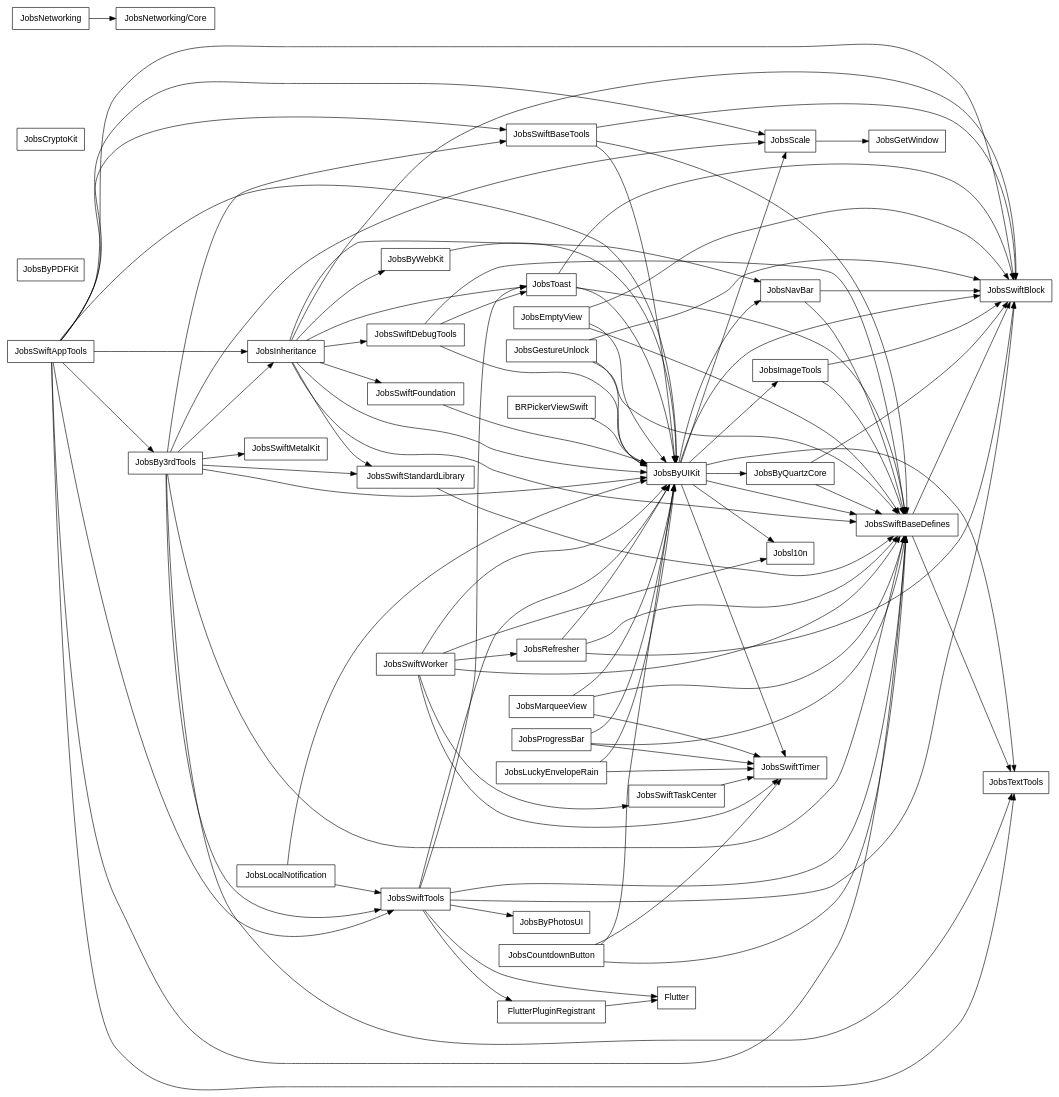
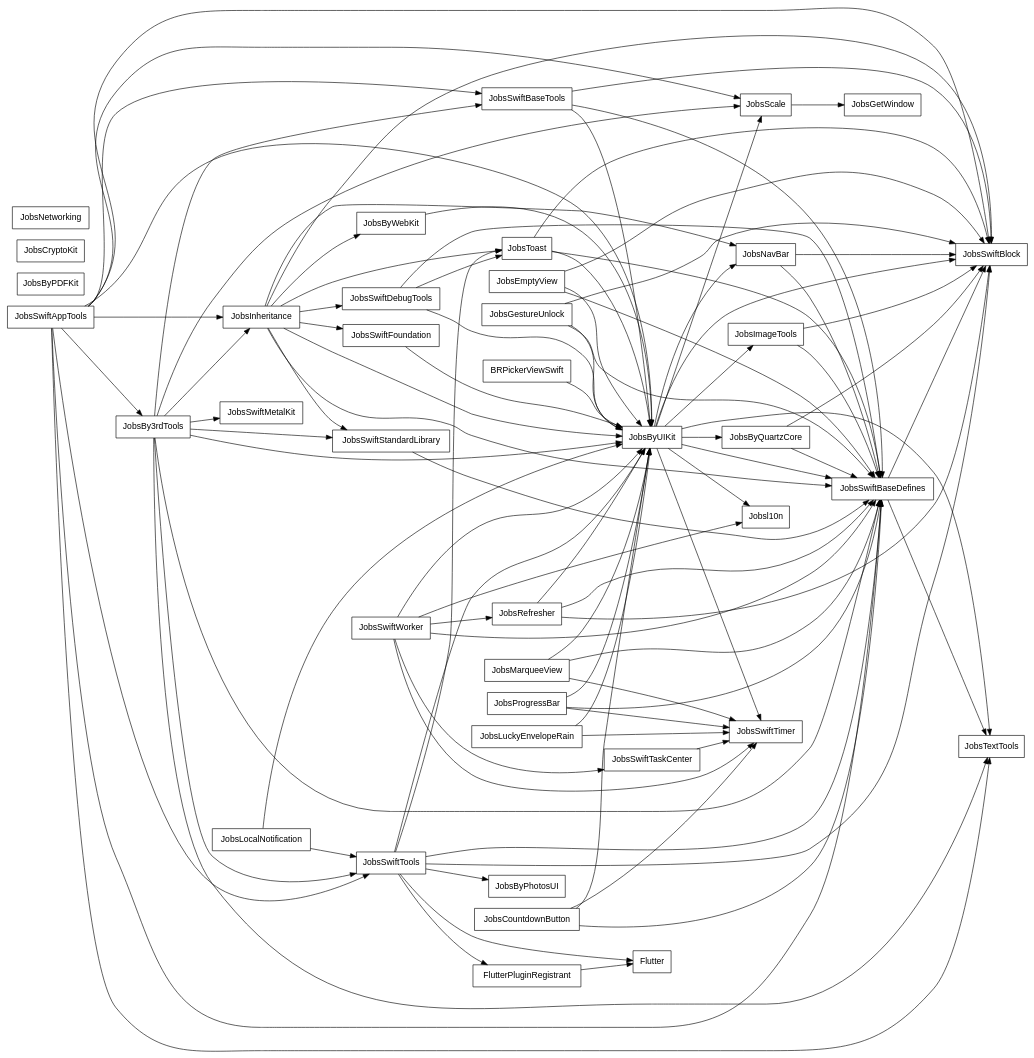
Before and after one commit to JobsKits/JobsSwiftBaseConfigDemo: the diagram in PodspecDependencyReport/PodspecDependencies_internal.dot, drawn with Graphviz. The commit also changed 8 other files, not shown here.

```diff
--- a/PodspecDependencyReport/PodspecDependencies_internal.dot
+++ b/PodspecDependencyReport/PodspecDependencies_internal.dot
@@ -1,140 +1,138 @@
 digraph PodspecDependencies {
   rankdir=LR;
   node [shape=box, fontname="Helvetica"];
   "BRPickerViewSwift";
   "Flutter";
   "FlutterPluginRegistrant";
   "JobsBy3rdTools";
   "JobsByPDFKit";
   "JobsByPhotosUI";
   "JobsByQuartzCore";
   "JobsByUIKit";
   "JobsByWebKit";
   "JobsCountdownButton";
   "JobsCryptoKit";
   "JobsEmptyView";
   "JobsGestureUnlock";
   "JobsGetWindow";
   "JobsImageTools";
   "JobsInheritance";
   "JobsLocalNotification";
   "JobsLuckyEnvelopeRain";
   "JobsMarqueeView";
   "JobsNavBar";
   "JobsNetworking";
-  "JobsNetworking/Core";
   "JobsProgressBar";
   "JobsRefresher";
   "JobsScale";
   "JobsSwiftAppTools";
   "JobsSwiftBaseDefines";
   "JobsSwiftBaseTools";
   "JobsSwiftBlock";
   "JobsSwiftDebugTools";
   "JobsSwiftFoundation";
   "JobsSwiftMetalKit";
   "JobsSwiftStandardLibrary";
   "JobsSwiftTaskCenter";
   "JobsSwiftTimer";
   "JobsSwiftTools";
   "JobsSwiftWorker";
   "JobsTextTools";
   "JobsToast";
   "Jobsl10n";
   "BRPickerViewSwift" -> "JobsByUIKit";
   "FlutterPluginRegistrant" -> "Flutter";
   "JobsBy3rdTools" -> "JobsByUIKit";
   "JobsBy3rdTools" -> "JobsInheritance";
   "JobsBy3rdTools" -> "JobsScale";
   "JobsBy3rdTools" -> "JobsSwiftBaseDefines";
   "JobsBy3rdTools" -> "JobsSwiftBaseTools";
   "JobsBy3rdTools" -> "JobsSwiftMetalKit";
   "JobsBy3rdTools" -> "JobsSwiftStandardLibrary";
   "JobsBy3rdTools" -> "JobsSwiftTools";
   "JobsBy3rdTools" -> "JobsTextTools";
   "JobsByQuartzCore" -> "JobsSwiftBaseDefines";
   "JobsByQuartzCore" -> "JobsSwiftBlock";
   "JobsByUIKit" -> "JobsByQuartzCore";
   "JobsByUIKit" -> "JobsImageTools";
   "JobsByUIKit" -> "JobsNavBar";
   "JobsByUIKit" -> "JobsScale";
   "JobsByUIKit" -> "JobsSwiftBaseDefines";
   "JobsByUIKit" -> "JobsSwiftBlock";
   "JobsByUIKit" -> "JobsSwiftTimer";
   "JobsByUIKit" -> "JobsTextTools";
   "JobsByUIKit" -> "Jobsl10n";
   "JobsByWebKit" -> "JobsByUIKit";
   "JobsCountdownButton" -> "JobsByUIKit";
   "JobsCountdownButton" -> "JobsSwiftBaseDefines";
   "JobsCountdownButton" -> "JobsSwiftTimer";
   "JobsEmptyView" -> "JobsByUIKit";
   "JobsEmptyView" -> "JobsSwiftBaseDefines";
   "JobsEmptyView" -> "JobsSwiftBlock";
   "JobsGestureUnlock" -> "JobsByUIKit";
   "JobsGestureUnlock" -> "JobsSwiftBaseDefines";
   "JobsGestureUnlock" -> "JobsSwiftBlock";
   "JobsImageTools" -> "JobsSwiftBaseDefines";
   "JobsImageTools" -> "JobsSwiftBlock";
   "JobsInheritance" -> "JobsByUIKit";
   "JobsInheritance" -> "JobsByWebKit";
   "JobsInheritance" -> "JobsNavBar";
   "JobsInheritance" -> "JobsSwiftBaseDefines";
   "JobsInheritance" -> "JobsSwiftBlock";
   "JobsInheritance" -> "JobsSwiftDebugTools";
   "JobsInheritance" -> "JobsSwiftFoundation";
   "JobsInheritance" -> "JobsSwiftStandardLibrary";
   "JobsInheritance" -> "JobsToast";
   "JobsLocalNotification" -> "JobsByUIKit";
   "JobsLocalNotification" -> "JobsSwiftTools";
   "JobsLuckyEnvelopeRain" -> "JobsByUIKit";
   "JobsLuckyEnvelopeRain" -> "JobsSwiftTimer";
   "JobsMarqueeView" -> "JobsByUIKit";
   "JobsMarqueeView" -> "JobsSwiftBaseDefines";
   "JobsMarqueeView" -> "JobsSwiftTimer";
   "JobsNavBar" -> "JobsSwiftBaseDefines";
   "JobsNavBar" -> "JobsSwiftBlock";
-  "JobsNetworking" -> "JobsNetworking/Core";
   "JobsProgressBar" -> "JobsByUIKit";
   "JobsProgressBar" -> "JobsSwiftBaseDefines";
   "JobsProgressBar" -> "JobsSwiftTimer";
   "JobsRefresher" -> "JobsByUIKit";
   "JobsRefresher" -> "JobsSwiftBaseDefines";
   "JobsRefresher" -> "JobsSwiftBlock";
   "JobsScale" -> "JobsGetWindow";
   "JobsSwiftAppTools" -> "JobsBy3rdTools";
   "JobsSwiftAppTools" -> "JobsByUIKit";
   "JobsSwiftAppTools" -> "JobsInheritance";
   "JobsSwiftAppTools" -> "JobsScale";
   "JobsSwiftAppTools" -> "JobsSwiftBaseDefines";
   "JobsSwiftAppTools" -> "JobsSwiftBaseTools";
   "JobsSwiftAppTools" -> "JobsSwiftBlock";
   "JobsSwiftAppTools" -> "JobsSwiftTools";
   "JobsSwiftAppTools" -> "JobsTextTools";
   "JobsSwiftBaseDefines" -> "JobsSwiftBlock";
   "JobsSwiftBaseDefines" -> "JobsTextTools";
   "JobsSwiftBaseTools" -> "JobsByUIKit";
   "JobsSwiftBaseTools" -> "JobsSwiftBaseDefines";
   "JobsSwiftBaseTools" -> "JobsSwiftBlock";
   "JobsSwiftDebugTools" -> "JobsByUIKit";
   "JobsSwiftDebugTools" -> "JobsSwiftBaseDefines";
   "JobsSwiftDebugTools" -> "JobsToast";
   "JobsSwiftFoundation" -> "JobsByUIKit";
   "JobsSwiftStandardLibrary" -> "JobsSwiftBaseDefines";
   "JobsSwiftTaskCenter" -> "JobsSwiftTimer";
   "JobsSwiftTools" -> "Flutter";
   "JobsSwiftTools" -> "FlutterPluginRegistrant";
   "JobsSwiftTools" -> "JobsByPhotosUI";
   "JobsSwiftTools" -> "JobsByUIKit";
   "JobsSwiftTools" -> "JobsSwiftBaseDefines";
   "JobsSwiftTools" -> "JobsSwiftBlock";
   "JobsSwiftTools" -> "JobsToast";
   "JobsSwiftWorker" -> "JobsByUIKit";
   "JobsSwiftWorker" -> "JobsRefresher";
   "JobsSwiftWorker" -> "JobsSwiftBaseDefines";
   "JobsSwiftWorker" -> "JobsSwiftTaskCenter";
   "JobsSwiftWorker" -> "JobsSwiftTimer";
   "JobsSwiftWorker" -> "Jobsl10n";
   "JobsToast" -> "JobsByUIKit";
   "JobsToast" -> "JobsSwiftBaseDefines";
   "JobsToast" -> "JobsSwiftBlock";
 }
```
